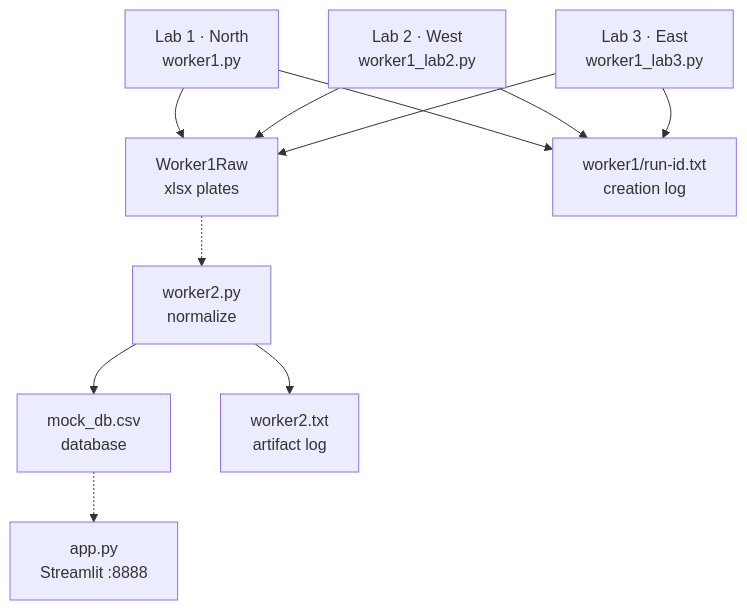
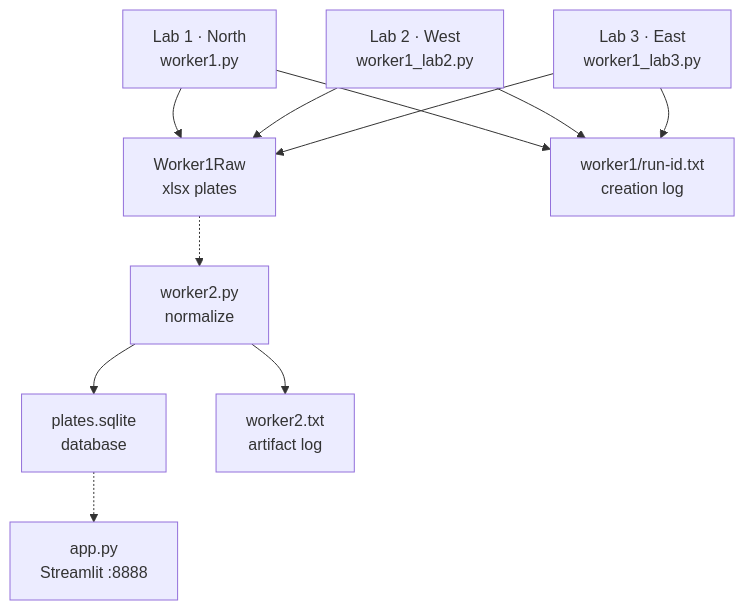
Before and after one commit to gnmuller/DominoTakeHome: the diagram in ARCHITECTURE.md, drawn with Mermaid. The commit also changed other lines of this file and 7 other files, not shown here.

````diff
--- a/ARCHITECTURE.md
+++ b/ARCHITECTURE.md
@@ -20,23 +20,23 @@
 ```mermaid
 flowchart TD
   l1["Lab 1 · North<br/>worker1.py"]
   l2["Lab 2 · West<br/>worker1_lab2.py"]
   l3["Lab 3 · East<br/>worker1_lab3.py"]
   raw["Worker1Raw<br/>xlsx plates"]
   w1log["worker1/run-id.txt<br/>creation log"]
   w2["worker2.py<br/>normalize"]
-  db["mock_db.csv<br/>database"]
+  db["plates.sqlite<br/>database"]
   log["worker2.txt<br/>artifact log"]
   app["app.py<br/>Streamlit :8888"]
 
   l1 --> raw
   l2 --> raw
   l3 --> raw
   l1 --> w1log
   l2 --> w1log
   l3 --> w1log
   raw -.-> w2
   w2 --> db
   w2 --> log
   db -.-> app
 ```
````
